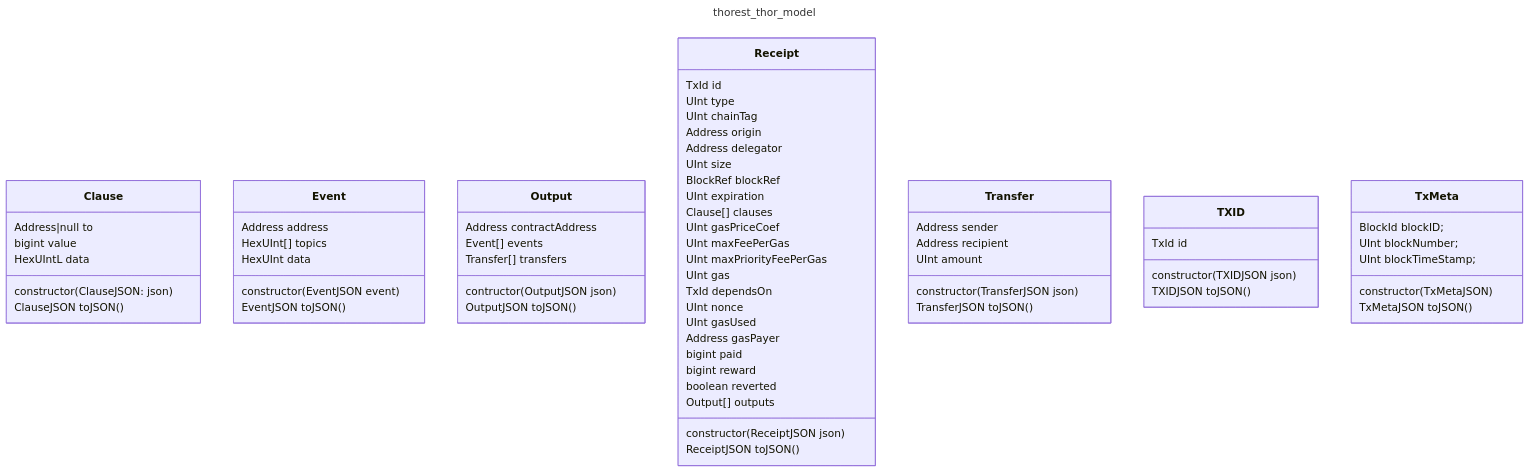
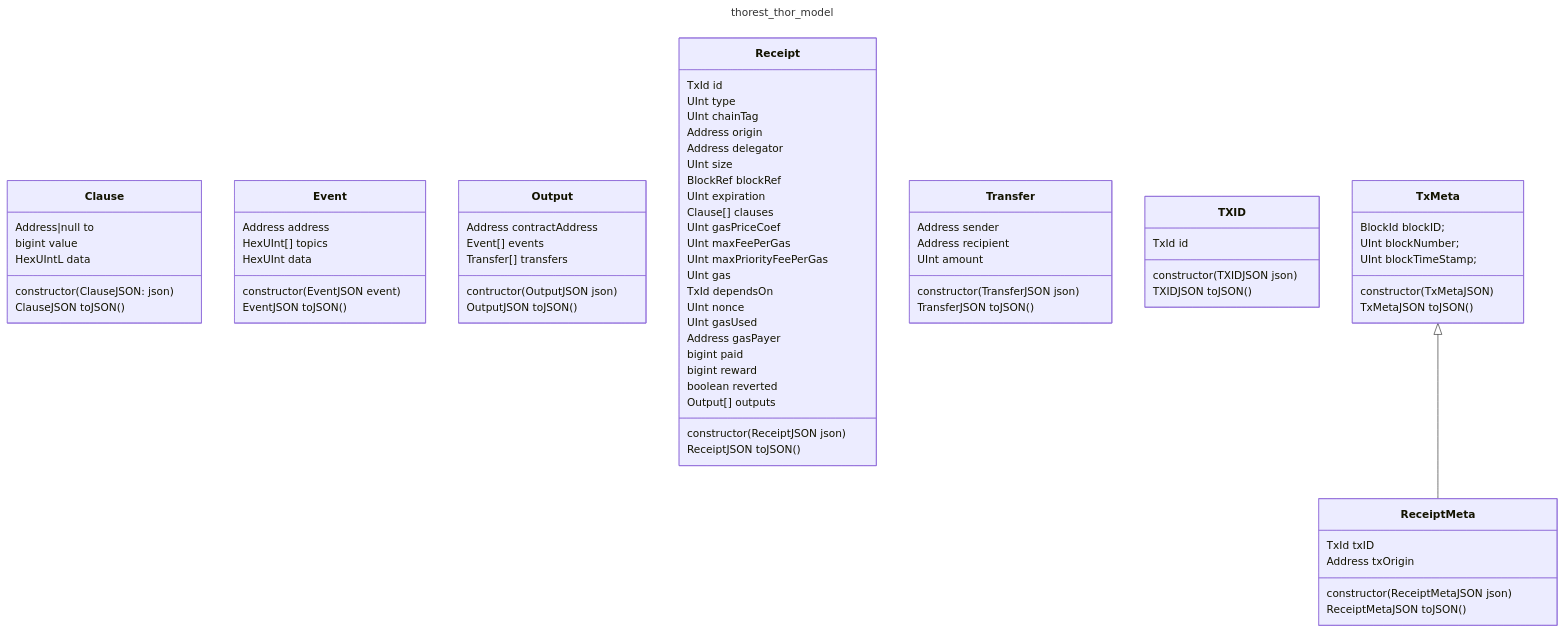
Before and after one commit to vechain/vechain-sdk-js: the diagram in docs/thorest/thor/model/model.mmd, drawn with Mermaid. The commit also changed 4 other files, not shown here.

```diff
--- a/docs/thorest/thor/model/model.mmd
+++ b/docs/thorest/thor/model/model.mmd
@@ -1,69 +1,76 @@
 ---
 title: thorest_thor_model
 ---
 classDiagram
     class Clause {
         Address|null to
         bigint value
         HexUIntL data
         constructor(ClauseJSON: json)
         ClauseJSON toJSON()
     }
     class Event {
         Address address
         HexUInt[] topics
         HexUInt data
         constructor(EventJSON event)
         EventJSON toJSON()
     }
     class Output {
         Address contractAddress
         Event[] events
         Transfer[] transfers
         contructor(OutputJSON json)
         OutputJSON toJSON()
     }
     class Receipt {
         TxId id
         UInt type
         UInt chainTag
         Address origin
         Address delegator
         UInt size
         BlockRef blockRef
         UInt expiration
         Clause[] clauses
         UInt gasPriceCoef
         UInt maxFeePerGas
         UInt maxPriorityFeePerGas
         UInt gas
         TxId dependsOn
         UInt nonce
         UInt gasUsed
         Address gasPayer
         bigint paid
         bigint reward
         boolean reverted
         Output[] outputs
         constructor(ReceiptJSON json)
         ReceiptJSON toJSON()
     }
+    class ReceiptMeta {
+        TxId txID
+        Address txOrigin
+        constructor(ReceiptMetaJSON json)
+        ReceiptMetaJSON toJSON()
+    }
     class Transfer {
         Address sender
         Address recipient
         UInt amount
         constructor(TransferJSON json)
         TransferJSON toJSON()
     }
     class TXID {
         TxId id
         constructor(TXIDJSON json)
         TXIDJSON toJSON()
     }
     class TxMeta {
         BlockId blockID;
         UInt blockNumber;
         UInt blockTimeStamp;
         constructor(TxMetaJSON)
         TxMetaJSON toJSON()
     }
+    TxMeta <|-- ReceiptMeta
```
